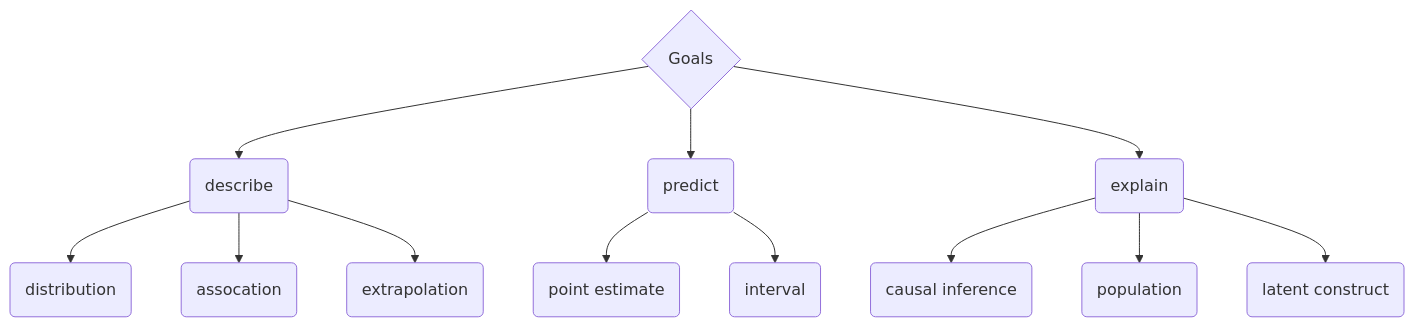
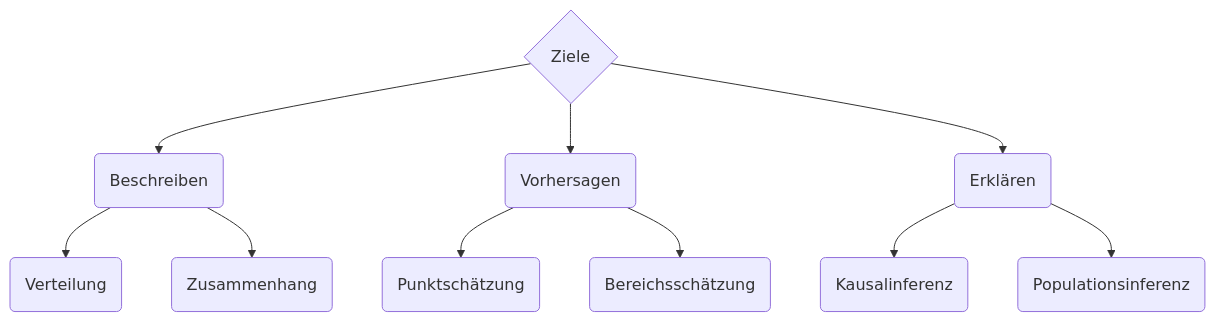
Before and after one commit to sebastiansauer/start-bayes: the first of 3 diagrams in 0200-Inferenz.qmd, drawn with Mermaid. The commit also changed other lines of this file and 541 other files, not shown here.

````diff
--- a/0200-Inferenz.qmd
+++ b/0200-Inferenz.qmd
@@ -134,17 +152,15 @@
 ```{mermaid}
 %%| label: fig-goals
-%%| fig-cap: Eine Einteilung der Ziele von statistischen Analysen
+%%| fig-cap: Eine Einteilung zentraler Ziele von statistischen Analysen
 flowchart TD 
-  A{Goals} --> B(describe)
-  A --> C(predict)
-  A --> D(explain)
-  B --> E(distribution)
-  B --> F(assocation)
-  B --> G(extrapolation)
-  C --> H(point estimate)
-  C --> I(interval)
-  D --> J(causal inference)
-  D --> K(population)
-  D --> L(latent construct)
+  A{Ziele} --> B(Beschreiben)
+  A --> C(Vorhersagen)
+  A --> D(Erklären)
+  B --> E(Verteilung)
+  B --> F(Zusammenhang)
+  C --> H(Punktschätzung)
+  C --> I(Bereichsschätzung)
+  D --> J(Kausalinferenz)
+  D --> K(Populationsinferenz)
 
 ```
````
